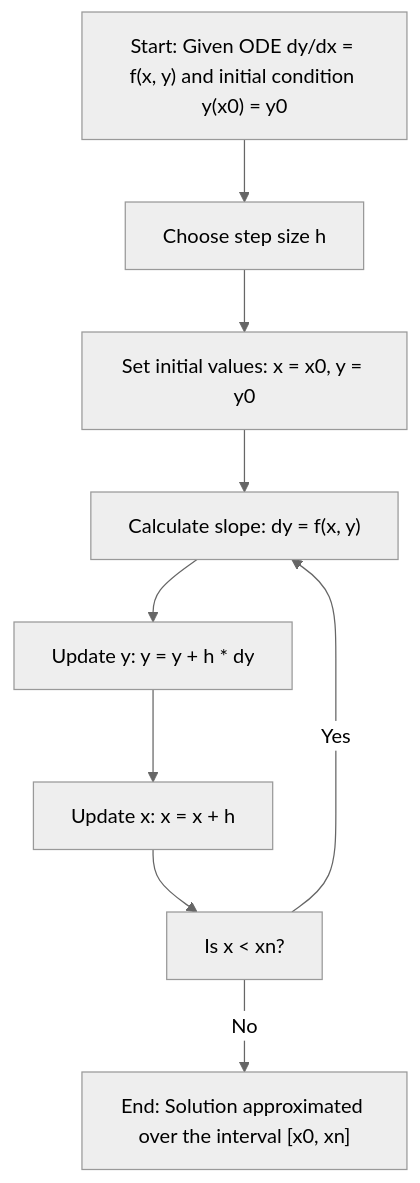
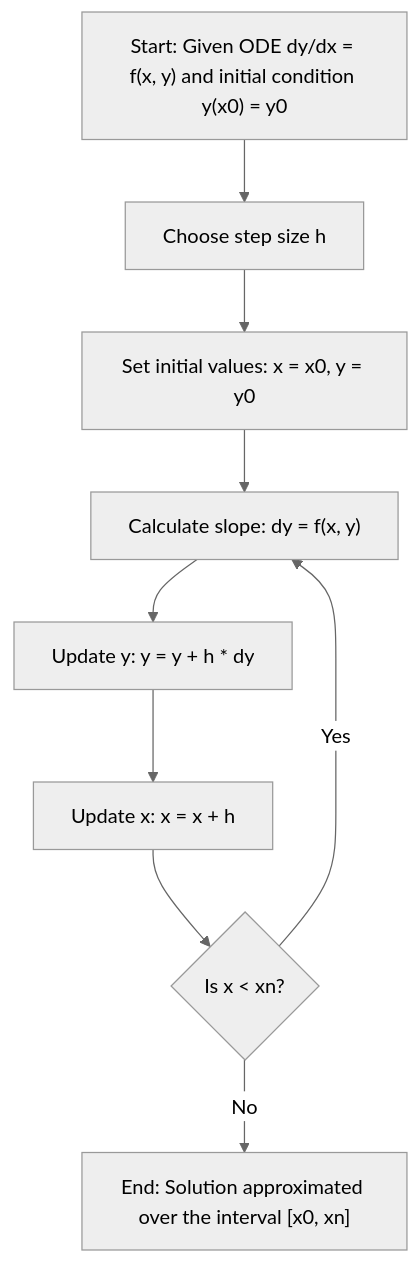
One commit to nishantaMishra/computational-physics-in-python changed the second of 2 diagrams in ordinaryDifferntialEquations/README.md. Above: the diagram before and after it, drawn with Mermaid (neutral theme).

````diff
--- a/ordinaryDifferntialEquations/README.md
+++ b/ordinaryDifferntialEquations/README.md
@@ -29,11 +29,12 @@
 ```mermaid
 graph TD
     A["`Start: Given ODE dy/dx = f(x, y) and initial condition y(x0) = y0`"] --> B["`Choose step size h`"]
     B --> C["`Set initial values: x = x0, y = y0`"]
     C --> D["`Calculate slope: dy = f(x, y)`"]
     D --> E["`Update y: y = y + h * dy`"]
     E --> F["`Update x: x = x + h`"]
-    F --> G["`Is x < xn?`"]
+    F --> G{"`Is x < xn?`"}
     G --> |Yes| D
     G --> |No| H["`End: Solution approximated over the interval [x0, xn]`"]
+
 ```
````
